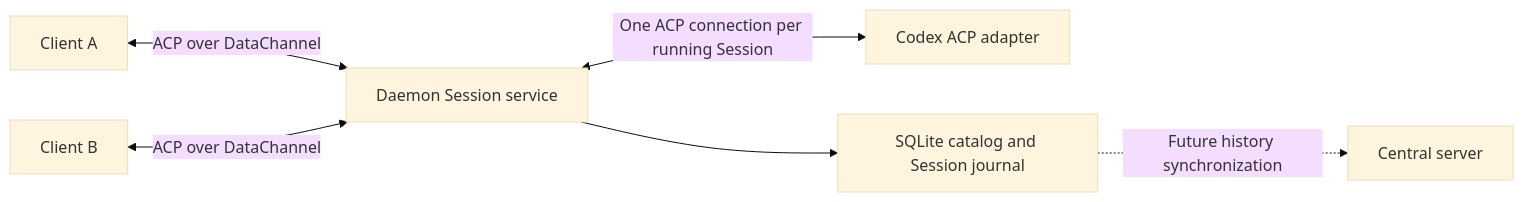
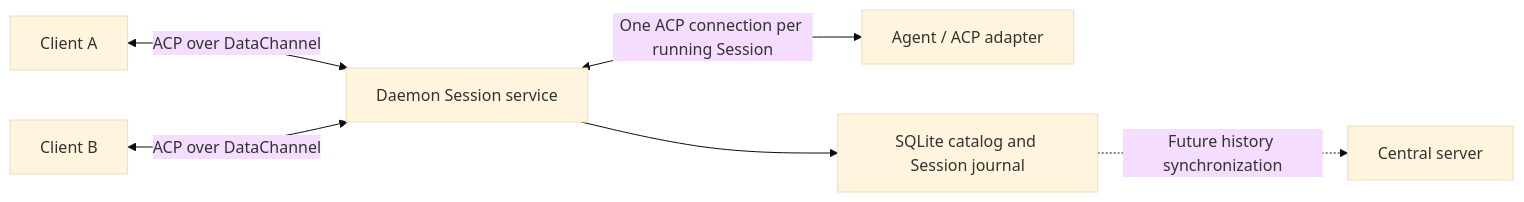
The diagram in agents/docs/agent-sessions.md (BeanDz/deskfleet), drawn with Mermaid (base theme) before and after one commit. The commit also changed other lines of this file and 56 other files, not shown here.

````diff
--- a/agents/docs/agent-sessions.md
+++ b/agents/docs/agent-sessions.md
@@ -16,8 +16,8 @@
 ```mermaid
 flowchart LR
     A[Client A] <-->|ACP over DataChannel| D[Daemon Session service]
     B[Client B] <-->|ACP over DataChannel| D
-    D <-->|One ACP connection per running Session| P[Codex ACP adapter]
+    D <-->|One ACP connection per running Session| P[Agent / ACP adapter]
     D --> S[SQLite catalog and Session journal]
     S -.->|Future history synchronization| C[Central server]
 ```
````
